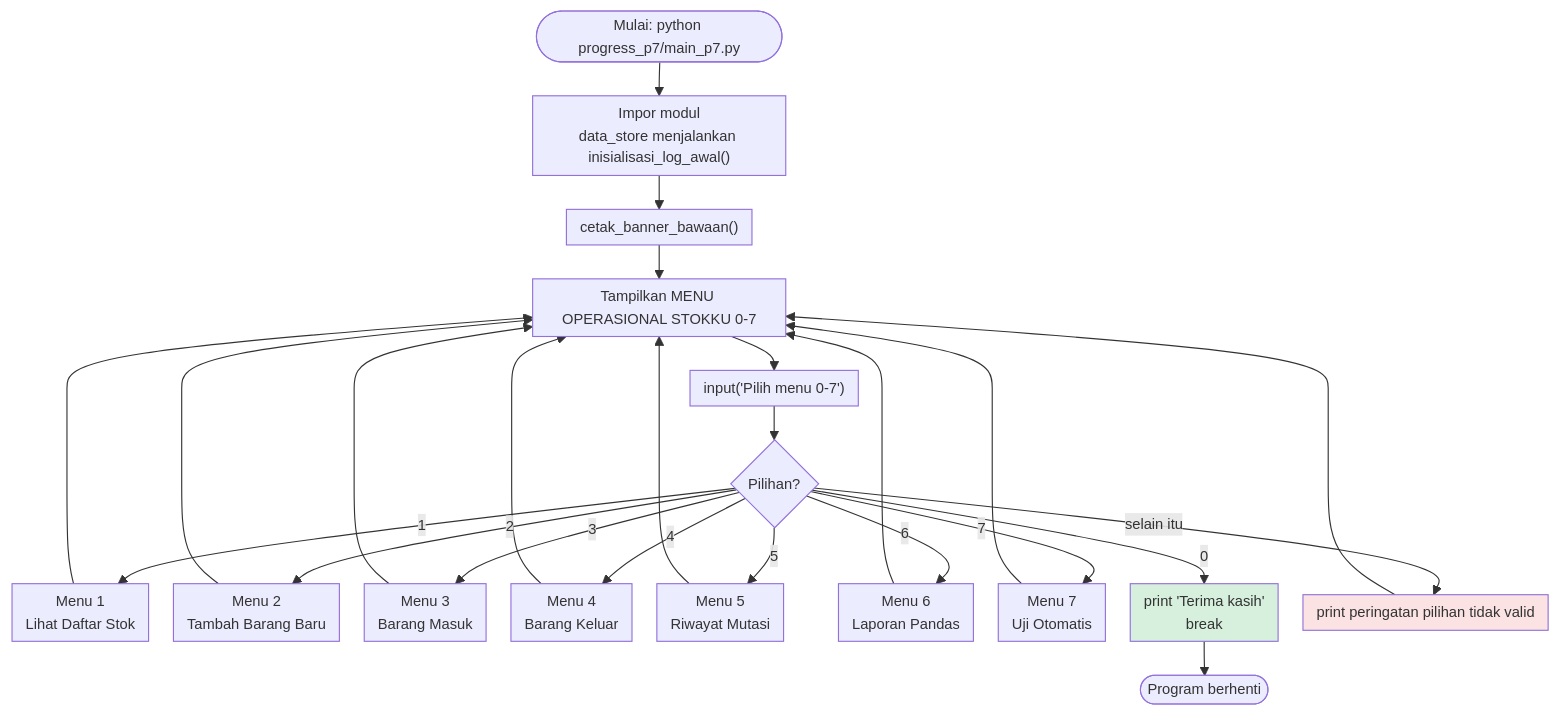
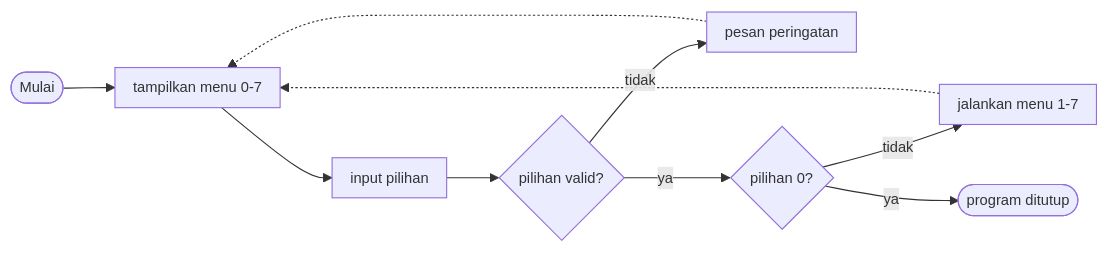
The diagram in docs/diagrams/02-alur-program-utama.mmd (Curzyori/Stokku-Desktop), drawn with Mermaid before and after one commit. The commit also changed 26 other files, not shown here.

```diff
--- a/docs/diagrams/02-alur-program-utama.mmd
+++ b/docs/diagrams/02-alur-program-utama.mmd
@@ -1,30 +1,11 @@
-%%{init: {"flowchart": {"nodeSpacing": 22, "rankSpacing": 30, "padding": 6}, "themeVariables": {"fontSize": "13px"}}}%%
-flowchart TD
-    START([Mulai: python progress_p7/main_p7.py]) --> INIT["Impor modul<br/>data_store menjalankan inisialisasi_log_awal()"]
-    INIT --> BANNER["cetak_banner_bawaan()"]
-    BANNER --> MENU["Tampilkan MENU OPERASIONAL STOKKU 0-7"]
-    MENU --> INPUT["input('Pilih menu 0-7')"]
-    INPUT --> CHK{"Pilihan?"}
-
-    CHK -->|"1"| M1["Menu 1<br/>Lihat Daftar Stok"]
-    CHK -->|"2"| M2["Menu 2<br/>Tambah Barang Baru"]
-    CHK -->|"3"| M3["Menu 3<br/>Barang Masuk"]
-    CHK -->|"4"| M4["Menu 4<br/>Barang Keluar"]
-    CHK -->|"5"| M5["Menu 5<br/>Riwayat Mutasi"]
-    CHK -->|"6"| M6["Menu 6<br/>Laporan Pandas"]
-    CHK -->|"7"| M7["Menu 7<br/>Uji Otomatis"]
-    CHK -->|"0"| EXIT["print 'Terima kasih'<br/>break"]
-    CHK -->|"selain itu"| WARN["print peringatan pilihan tidak valid"]
-
-    M1 --> MENU
-    M2 --> MENU
-    M3 --> MENU
-    M4 --> MENU
-    M5 --> MENU
-    M6 --> MENU
-    M7 --> MENU
-    WARN --> MENU
-    EXIT --> END([Program berhenti])
-
-    style EXIT fill:#d7f0dd
-    style WARN fill:#fbe3e3
+%%{init: {"flowchart": {"nodeSpacing": 22, "rankSpacing": 46, "padding": 8}, "themeVariables": {"fontSize": "13px"}}}%%
+flowchart LR
+    A(["Mulai"]) --> B["tampilkan menu 0-7"]
+    B --> C["input pilihan"]
+    C --> D{"pilihan valid?"}
+    D -- tidak --> E["pesan peringatan"]
+    D -- ya --> F{"pilihan 0?"}
+    F -- tidak --> G["jalankan menu 1-7"]
+    F -- ya --> H(["program ditutup"])
+    E -.-> B
+    G -.-> B
```
